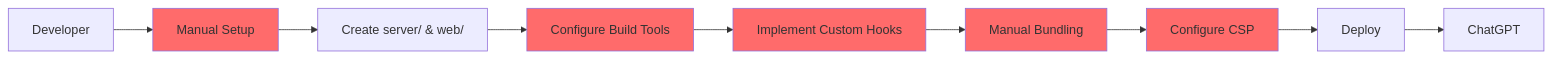
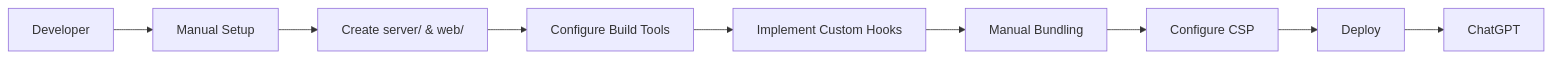
The first of 4 diagrams in docs/guides/chatgpt-apps-flow.mdx (DevZonayed/nexalance-skill-mcp-use-mcp-use), drawn with Mermaid before and after one commit. The commit also changed other lines of this file and 108 other files, not shown here.

````diff
--- a/docs/guides/chatgpt-apps-flow.mdx
+++ b/docs/guides/chatgpt-apps-flow.mdx
@@ -59,17 +59,11 @@
 ```mermaid
 flowchart LR
     Developer[Developer] --> Setup[Manual Setup]
-    Setup --> Structure[Create server/ & web/]
+    Setup --> Structure["Create server/ & web/"]
     Structure --> Config[Configure Build Tools]
     Config --> Hooks[Implement Custom Hooks]
     Hooks --> Bundle[Manual Bundling]
     Bundle --> CSP[Configure CSP]
     CSP --> Deploy[Deploy]
     Deploy --> ChatGPT[ChatGPT]
-
-    style Setup fill:#ff6b6b
-    style Config fill:#ff6b6b
-    style Hooks fill:#ff6b6b
-    style Bundle fill:#ff6b6b
-    style CSP fill:#ff6b6b
 ```
````
